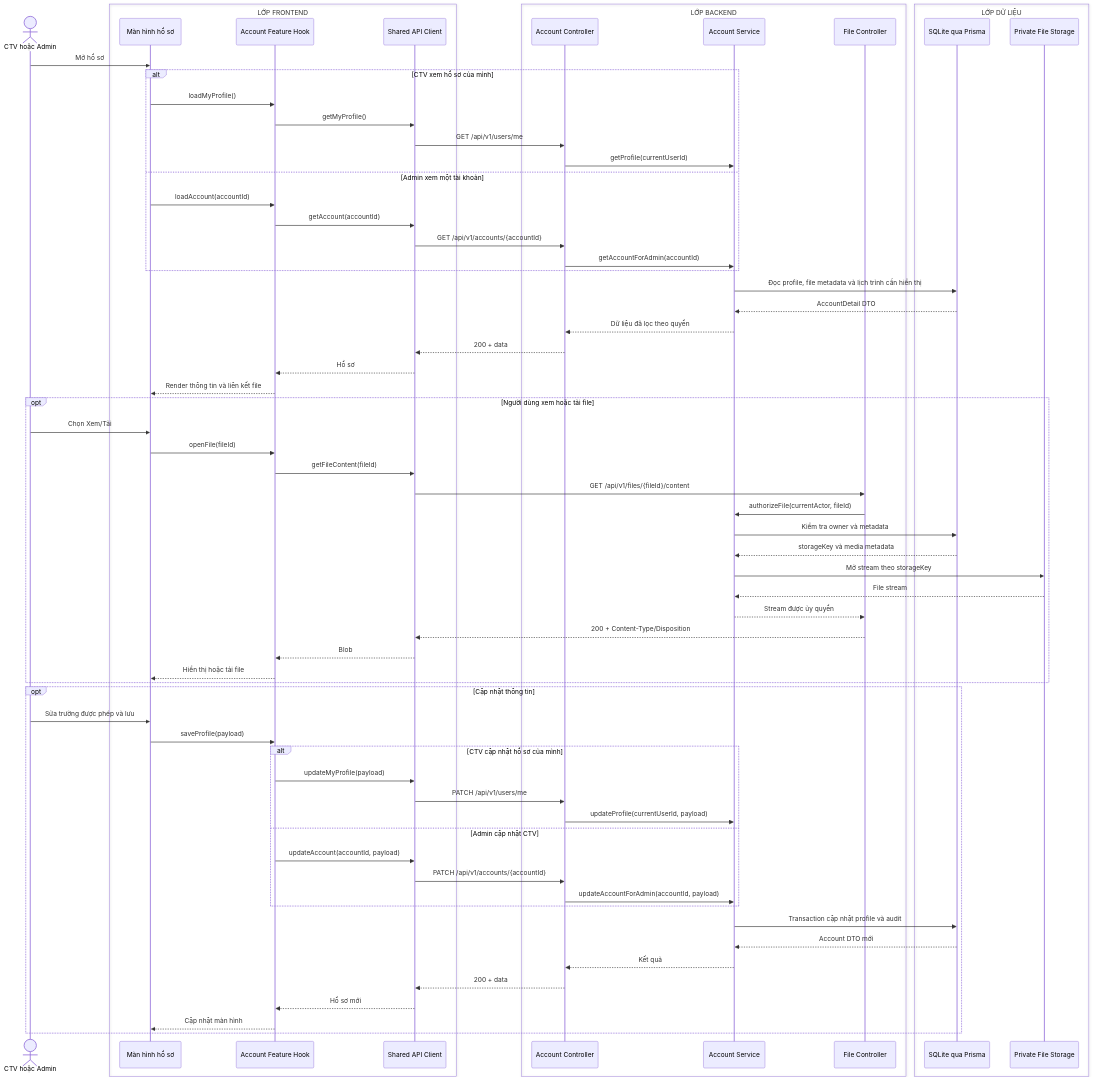
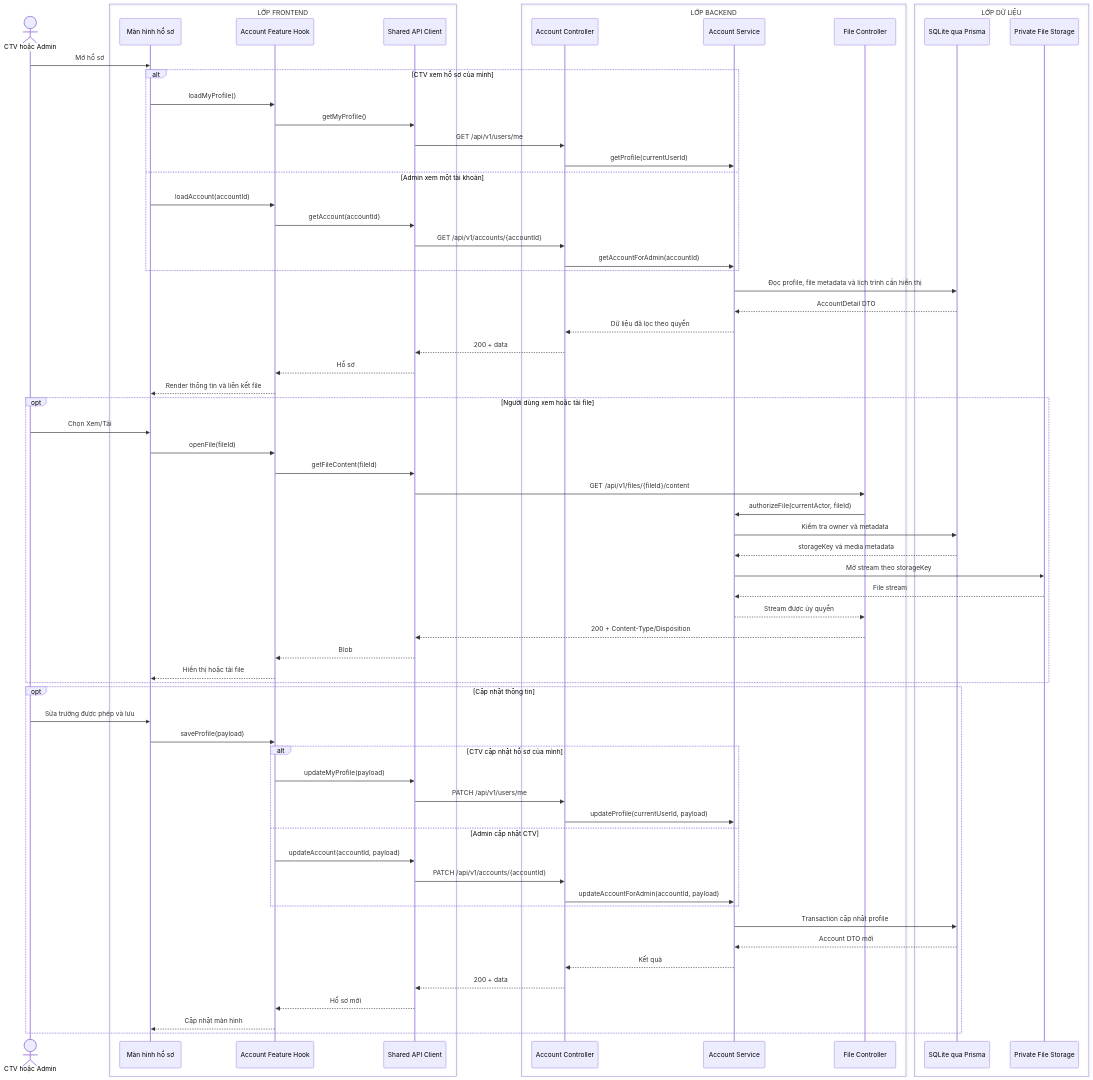
One commit to MINHDZVODICH/ctv-manage changed the diagram in docs/sequence-diagrams/10-xem-cap-nhat-ho-so.md. Above: the diagram before and after it, drawn with Mermaid. The commit also changed 89 other files, not shown here.

````diff
--- a/docs/sequence-diagrams/10-xem-cap-nhat-ho-so.md
+++ b/docs/sequence-diagrams/10-xem-cap-nhat-ho-so.md
@@ -5,73 +5,73 @@
 ```mermaid
 sequenceDiagram
     actor U as CTV hoặc Admin
     box LỚP FRONTEND
         participant UI as Màn hình hồ sơ
         participant H as Account Feature Hook
         participant API as Shared API Client
     end
     box LỚP BACKEND
         participant C as Account Controller
         participant S as Account Service
         participant FC as File Controller
     end
     box LỚP DỮ LIỆU
         participant DB as SQLite qua Prisma
         participant FS as Private File Storage
     end
 
     U->>UI: Mở hồ sơ
     alt CTV xem hồ sơ của mình
         UI->>H: loadMyProfile()
         H->>API: getMyProfile()
         API->>C: GET /api/v1/users/me
         C->>S: getProfile(currentUserId)
     else Admin xem một tài khoản
         UI->>H: loadAccount(accountId)
         H->>API: getAccount(accountId)
         API->>C: GET /api/v1/accounts/{accountId}
         C->>S: getAccountForAdmin(accountId)
     end
     S->>DB: Đọc profile, file metadata và lịch trình cần hiển thị
     DB-->>S: AccountDetail DTO
     S-->>C: Dữ liệu đã lọc theo quyền
     C-->>API: 200 + data
     API-->>H: Hồ sơ
     H-->>UI: Render thông tin và liên kết file
 
     opt Người dùng xem hoặc tải file
         U->>UI: Chọn Xem/Tải
         UI->>H: openFile(fileId)
         H->>API: getFileContent(fileId)
         API->>FC: GET /api/v1/files/{fileId}/content
         FC->>S: authorizeFile(currentActor, fileId)
         S->>DB: Kiểm tra owner và metadata
         DB-->>S: storageKey và media metadata
         S->>FS: Mở stream theo storageKey
         FS-->>S: File stream
         S-->>FC: Stream được ủy quyền
         FC-->>API: 200 + Content-Type/Disposition
         API-->>H: Blob
         H-->>UI: Hiển thị hoặc tải file
     end
 
     opt Cập nhật thông tin
         U->>UI: Sửa trường được phép và lưu
         UI->>H: saveProfile(payload)
         alt CTV cập nhật hồ sơ của mình
             H->>API: updateMyProfile(payload)
             API->>C: PATCH /api/v1/users/me
             C->>S: updateProfile(currentUserId, payload)
         else Admin cập nhật CTV
             H->>API: updateAccount(accountId, payload)
             API->>C: PATCH /api/v1/accounts/{accountId}
             C->>S: updateAccountForAdmin(accountId, payload)
         end
-        S->>DB: Transaction cập nhật profile và audit
+        S->>DB: Transaction cập nhật profile
         DB-->>S: Account DTO mới
         S-->>C: Kết quả
         C-->>API: 200 + data
         API-->>H: Hồ sơ mới
         H-->>UI: Cập nhật màn hình
     end
 ```
````
